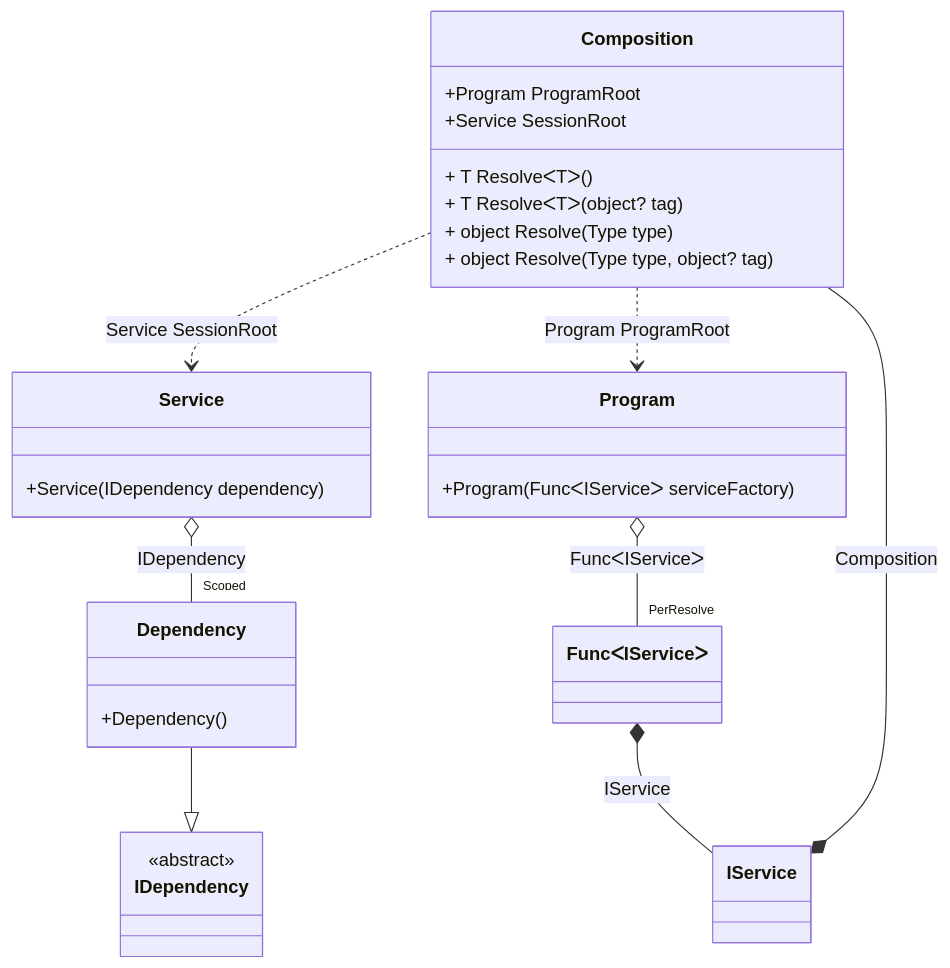
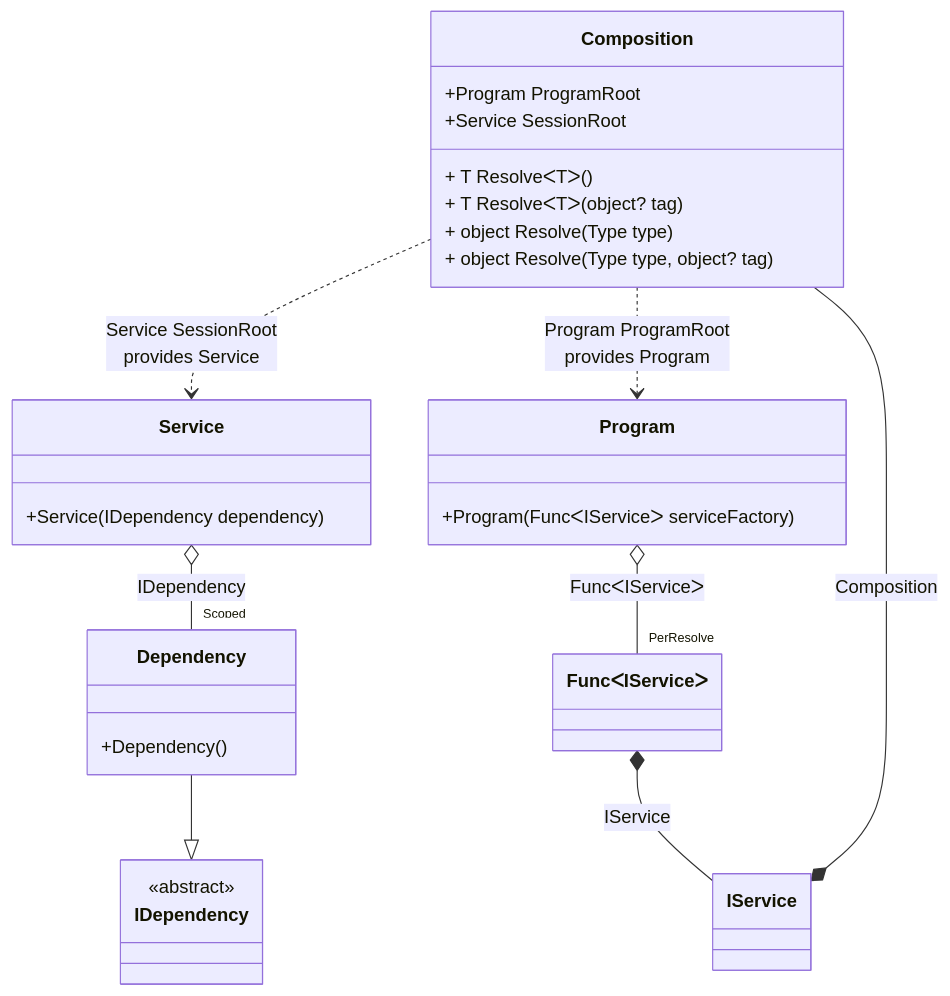
The diagram in readme/auto-scoped.md (DevTeam/Pure.DI), drawn with Mermaid before and after one commit. The commit also changed other lines of this file and 73 other files, not shown here.

````diff
--- a/readme/auto-scoped.md
+++ b/readme/auto-scoped.md
@@ -66,33 +66,33 @@
 ```mermaid
 classDiagram
   class Composition {
     +Program ProgramRoot
     +Service SessionRoot
     + T ResolveᐸTᐳ()
     + T ResolveᐸTᐳ(object? tag)
     + object Resolve(Type type)
     + object Resolve(Type type, object? tag)
   }
   class Program {
     +Program(FuncᐸIServiceᐳ serviceFactory)
   }
   class Service {
     +Service(IDependency dependency)
   }
   class Composition
   class IService
   Dependency --|> IDependency : 
   class Dependency {
     +Dependency()
   }
   class FuncᐸIServiceᐳ
   class IDependency {
     <<abstract>>
   }
   Program o--  "PerResolve" FuncᐸIServiceᐳ : FuncᐸIServiceᐳ
   Service o--  "Scoped" Dependency : IDependency
   IService *--  Composition : Composition
-  Composition ..> Service : Service SessionRoot
-  Composition ..> Program : Program ProgramRoot
+  Composition ..> Service : Service SessionRoot<br/>provides Service
+  Composition ..> Program : Program ProgramRoot<br/>provides Program
   FuncᐸIServiceᐳ *--  IService : IService
 ```
````
